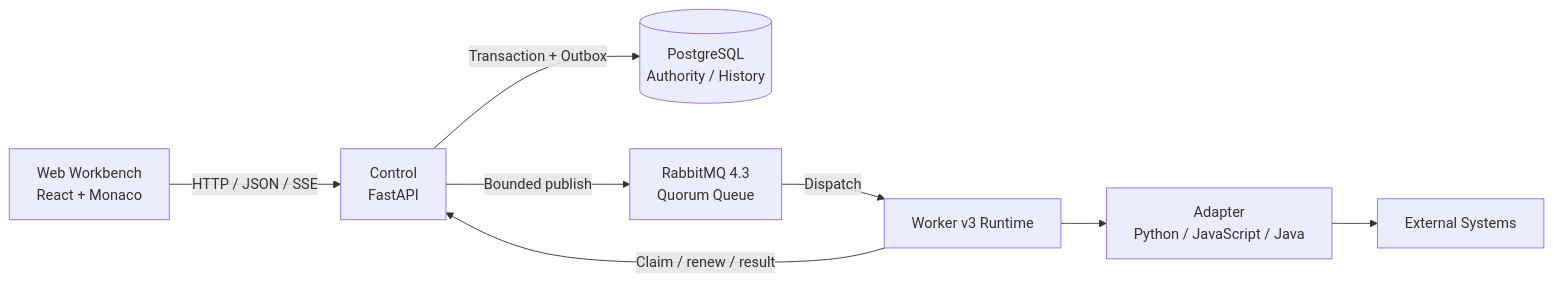
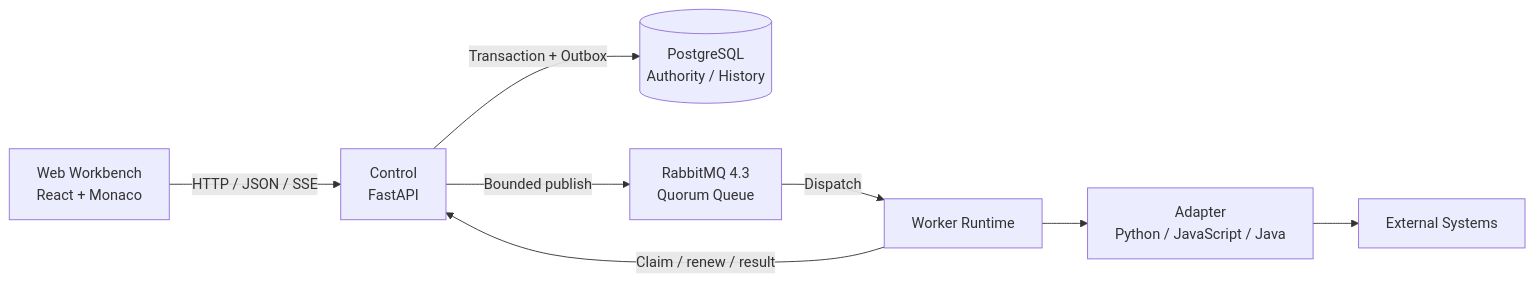
One commit to john-ops-lab/DataLinkRuntime changed the diagram in README.en.md. Above: the diagram before and after it, drawn with Mermaid. The commit also changed other lines of this file and 275 other files, not shown here.

````diff
--- a/README.en.md
+++ b/README.en.md
@@ -365,10 +348,10 @@
 ```mermaid
 flowchart LR
     U["Web Workbench<br/>React + Monaco"] -->|"HTTP / JSON / SSE"| C["Control<br/>FastAPI"]
     C -->|"Transaction + Outbox"| P[("PostgreSQL<br/>Authority / History")]
     C -->|"Bounded publish"| Q["RabbitMQ 4.3<br/>Quorum Queue"]
-    Q -->|"Dispatch"| W["Worker v3 Runtime"]
+    Q -->|"Dispatch"| W["Worker Runtime"]
     W -->|"Claim / renew / result"| C
     W --> A["Adapter<br/>Python / JavaScript / Java"]
     A --> X["External Systems"]
 ```
````
